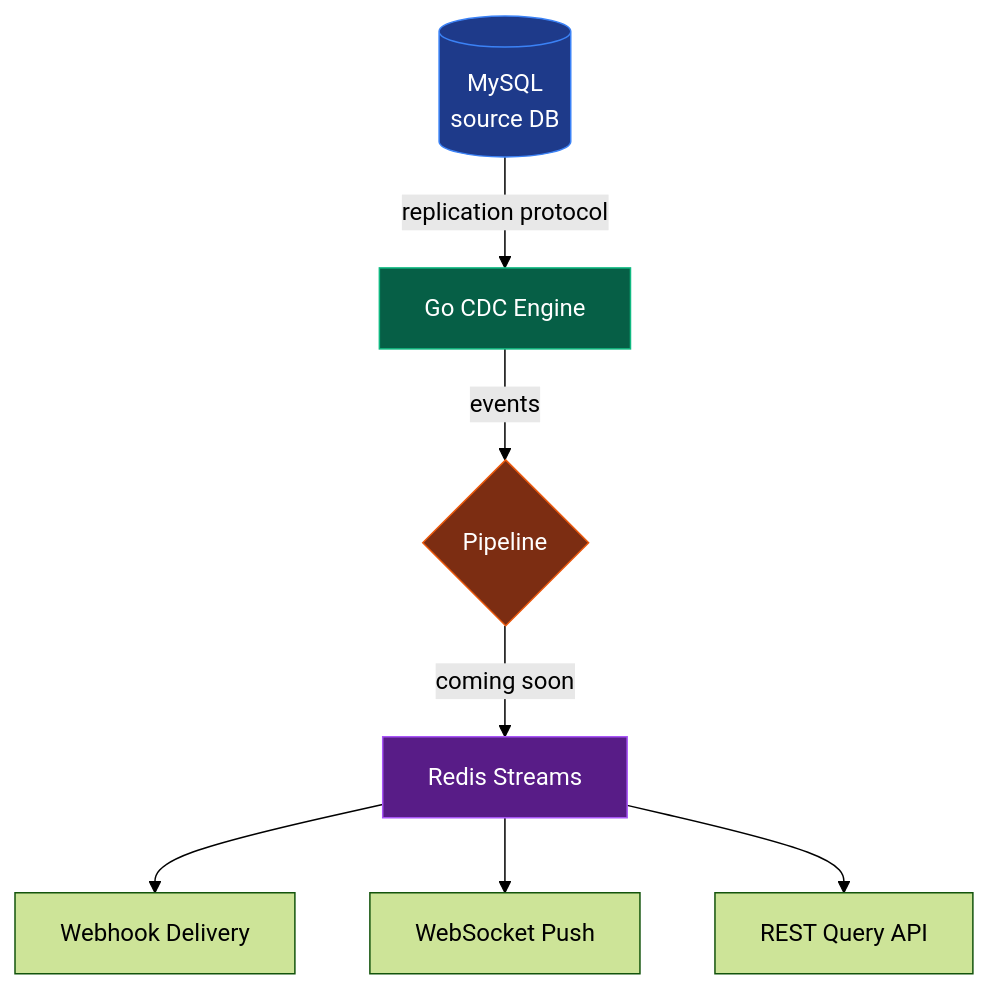
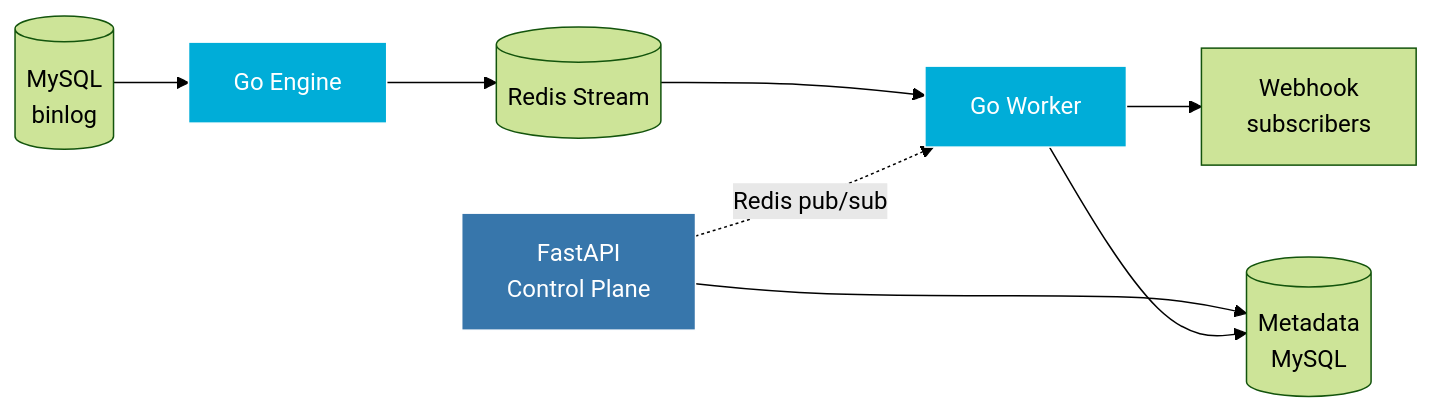
One commit to anirudh204159/argus changed the diagram in README.md. Above: the diagram before and after it, drawn with Mermaid (forest theme). The commit also changed other lines of this file and 1 other file, not shown here.

````diff
--- a/README.md
+++ b/README.md
@@ -13,14 +63,14 @@
 ```mermaid
-flowchart TD
-    A[(MySQL<br/>source DB)] -->|replication protocol| B[Go CDC Engine]
-    B -->|events| C{Pipeline}
-    C -->|coming soon| D[Redis Streams]
-    D --> E[Webhook Delivery]
-    D --> F[WebSocket Push]
-    D --> G[REST Query API]
+flowchart LR
+    A[(MySQL<br/>binlog)] --> B[Go Engine]
+    B --> C[(Redis Stream)]
+    C --> D[Go Worker]
+    D --> E[Webhook<br/>subscribers]
+    F[FastAPI<br/>Control Plane] --> G[(Metadata<br/>MySQL)]
+    F -.Redis pub/sub.-> D
+    D --> G
 
-    style A fill:#1e3a8a,stroke:#3b82f6,color:#fff
-    style B fill:#065f46,stroke:#10b981,color:#fff
-    style C fill:#7c2d12,stroke:#ea580c,color:#fff
-    style D fill:#581c87,stroke:#a855f7,color:#fff
+    style B fill:#00ADD8,stroke:#fff,color:#fff
+    style D fill:#00ADD8,stroke:#fff,color:#fff
+    style F fill:#3776AB,stroke:#fff,color:#fff
 ```
````
